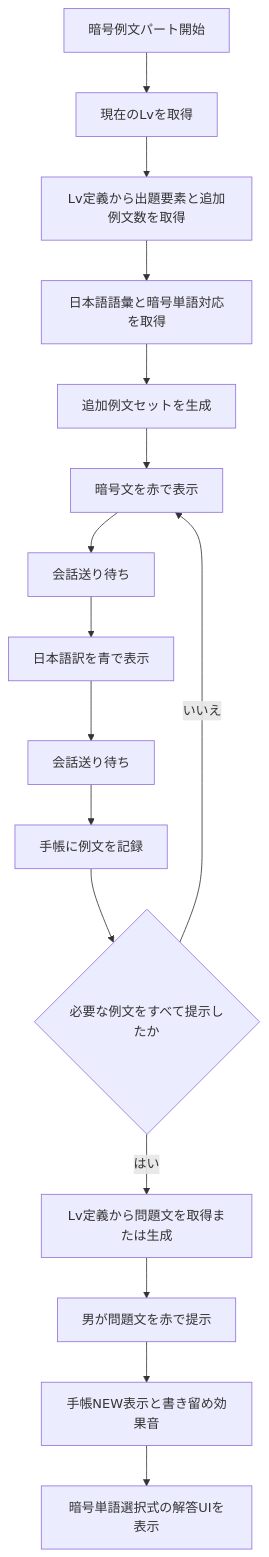
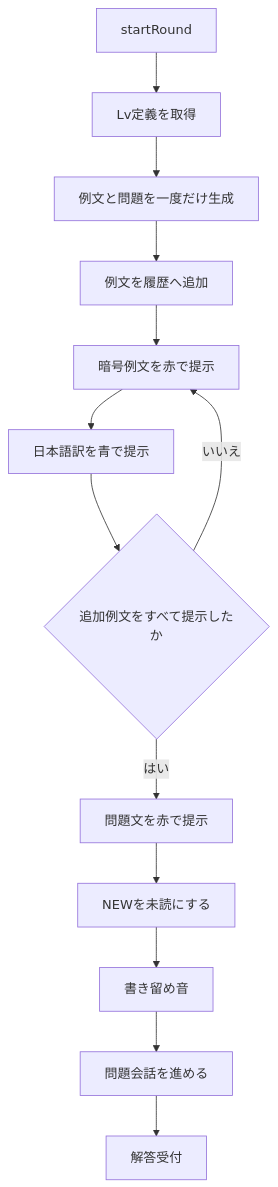
The fifth of 13 diagrams in docs/project-flow.md (lycanthr0pes/language-deciphering-game), drawn with Mermaid before and after one commit. The commit also changed other lines of this file and 12 other files, not shown here.

````diff
--- a/docs/project-flow.md
+++ b/docs/project-flow.md
@@ -118,18 +109,15 @@
 ```mermaid
 flowchart TD
-    A[暗号例文パート開始] --> B[現在のLvを取得]
-    B --> C[Lv定義から出題要素と追加例文数を取得]
-    C --> D[日本語語彙と暗号単語対応を取得]
-    D --> E[追加例文セットを生成]
-    E --> F[暗号文を赤で表示]
-    F --> G[会話送り待ち]
-    G --> H[日本語訳を青で表示]
-    H --> I[会話送り待ち]
-    I --> J[手帳に例文を記録]
-    J --> K{必要な例文をすべて提示したか}
-    K -->|いいえ| F
-    K -->|はい| L[Lv定義から問題文を取得または生成]
-    L --> M[男が問題文を赤で提示]
-    M --> N[手帳NEW表示と書き留め効果音]
-    N --> O[暗号単語選択式の解答UIを表示]
+    A[startRound] --> B[Lv定義を取得]
+    B --> C[例文と問題を一度だけ生成]
+    C --> D[例文を履歴へ追加]
+    D --> E[暗号例文を赤で提示]
+    E --> F[日本語訳を青で提示]
+    F --> G{追加例文をすべて提示したか}
+    G -->|いいえ| E
+    G -->|はい| H[問題文を赤で提示]
+    H --> I[NEWを未読にする]
+    I --> J[書き留め音]
+    J --> K[問題会話を進める]
+    K --> L[解答受付]
 ```
````
